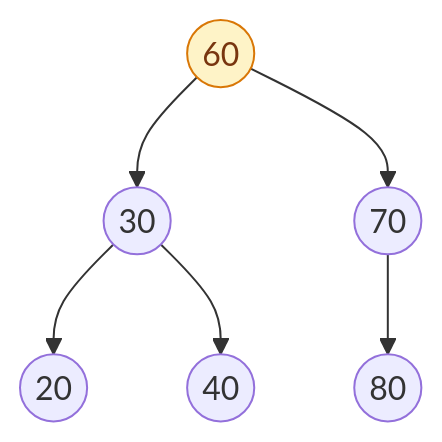
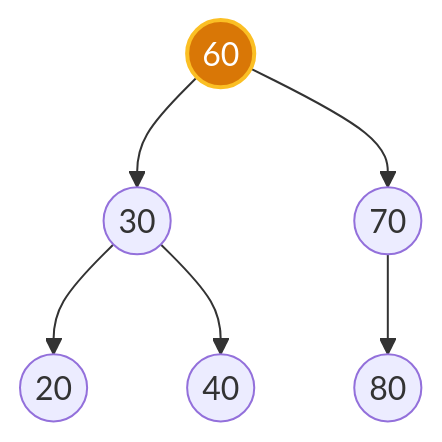
Before and after one commit to mushfiq-nehal/MS-Preparation-Handbook: the fourth of 7 diagrams in docs/01 - Data Structures & Algorithms.md, drawn with Mermaid. The commit also changed other lines of this file and 23 other files, not shown here.

Commit message:
Fix mermaid contrast in dark mode

````diff
--- a/docs/01 - Data Structures & Algorithms.md
+++ b/docs/01 - Data Structures & Algorithms.md
@@ -560,9 +560,9 @@
 ```mermaid
 graph TD
     A((60)):::moved --> B((30))
     A --> C((70))
     B --> D((20))
     B --> E((40))
     C --> G((80))
-    classDef moved fill:#fef3c7,stroke:#d97706,color:#78350f
+    classDef moved fill:#d97706,stroke:#fbbf24,stroke-width:2px,color:#ffffff
 ```
````
